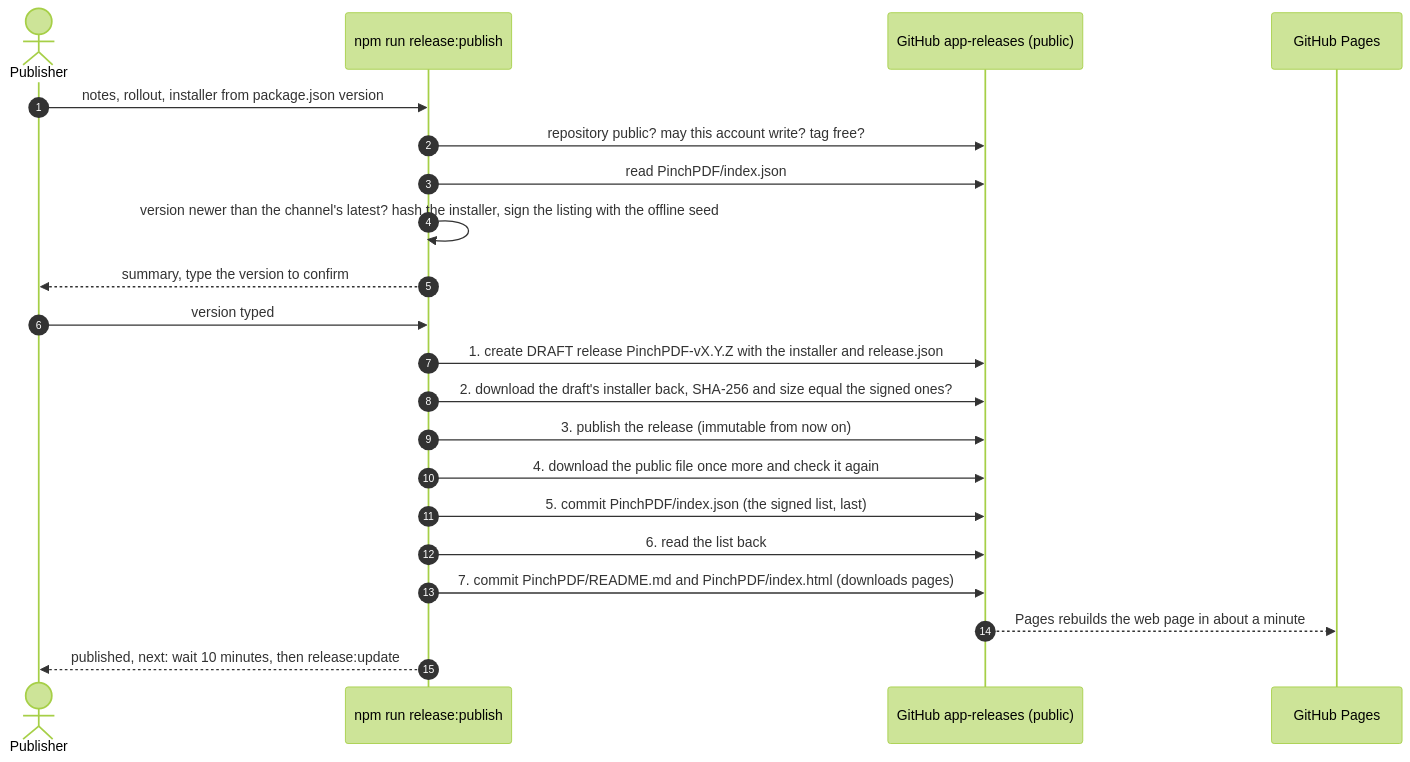
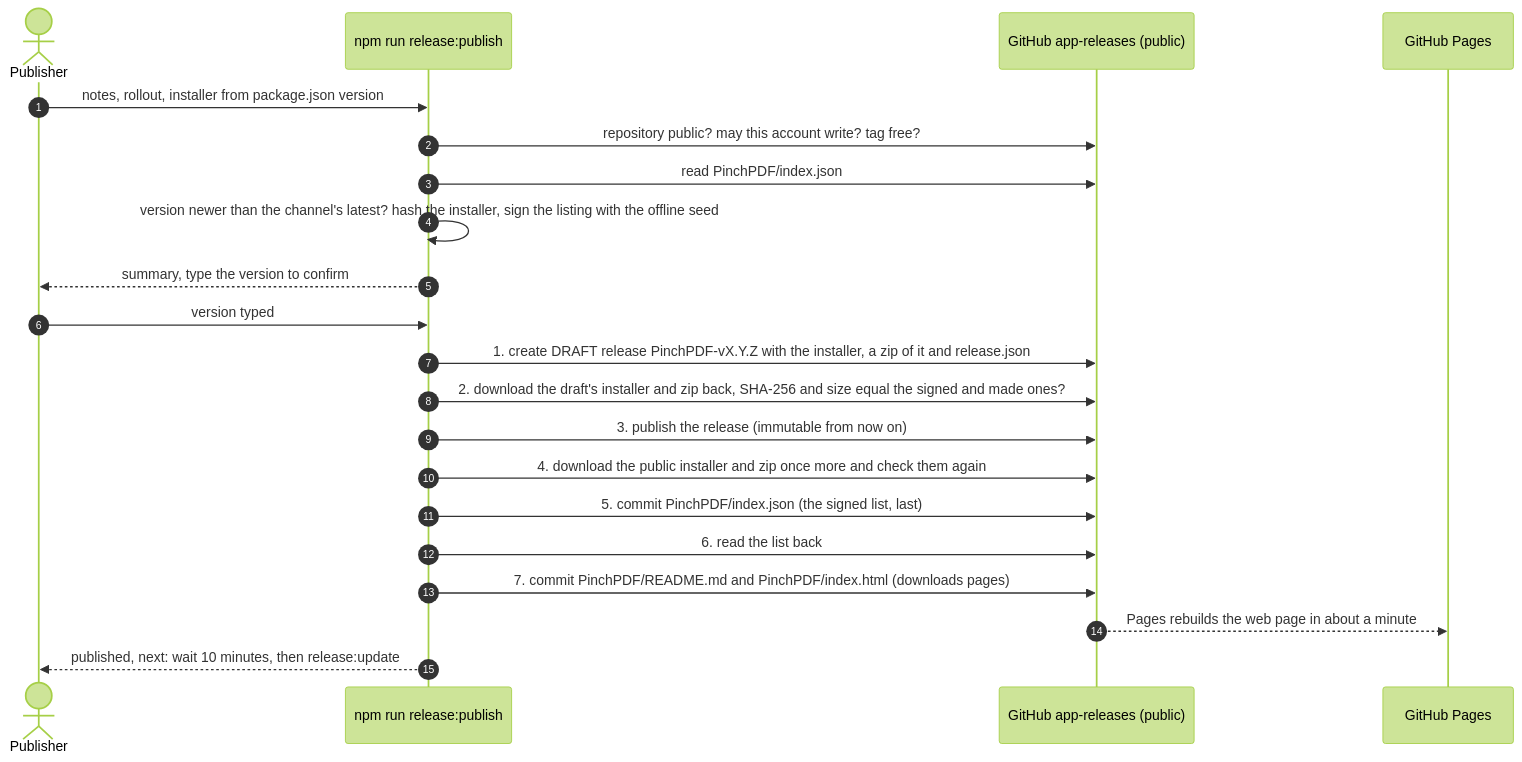
One commit to technowizsolutionsllp/TWS-Website changed the third of 7 diagrams in docs/UPDATE_FLOW.md. Above: the diagram before and after it, drawn with Mermaid (forest theme). The commit also changed other lines of this file and 6 other files, not shown here.

First line of the commit message:
Attach a zip of the installer to each release for people whose browser blocks the .exe

````diff
--- a/docs/UPDATE_FLOW.md
+++ b/docs/UPDATE_FLOW.md
@@ -142,24 +145,24 @@
 ```mermaid
 sequenceDiagram
     autonumber
     actor Pub as Publisher
     participant CLI as npm run release:publish
     participant GH as GitHub app-releases (public)
     participant Pages as GitHub Pages
 
     Pub->>CLI: notes, rollout, installer from package.json version
     CLI->>GH: repository public? may this account write? tag free?
     CLI->>GH: read PinchPDF/index.json
     CLI->>CLI: version newer than the channel's latest? hash the installer, sign the listing with the offline seed
     CLI-->>Pub: summary, type the version to confirm
     Pub->>CLI: version typed
-    CLI->>GH: 1. create DRAFT release PinchPDF-vX.Y.Z with the installer and release.json
-    CLI->>GH: 2. download the draft's installer back, SHA-256 and size equal the signed ones?
+    CLI->>GH: 1. create DRAFT release PinchPDF-vX.Y.Z with the installer, a zip of it and release.json
+    CLI->>GH: 2. download the draft's installer and zip back, SHA-256 and size equal the signed and made ones?
     CLI->>GH: 3. publish the release (immutable from now on)
-    CLI->>GH: 4. download the public file once more and check it again
+    CLI->>GH: 4. download the public installer and zip once more and check them again
     CLI->>GH: 5. commit PinchPDF/index.json (the signed list, last)
     CLI->>GH: 6. read the list back
     CLI->>GH: 7. commit PinchPDF/README.md and PinchPDF/index.html (downloads pages)
     GH-->>Pages: Pages rebuilds the web page in about a minute
     CLI-->>Pub: published, next: wait 10 minutes, then release:update
 ```
````
